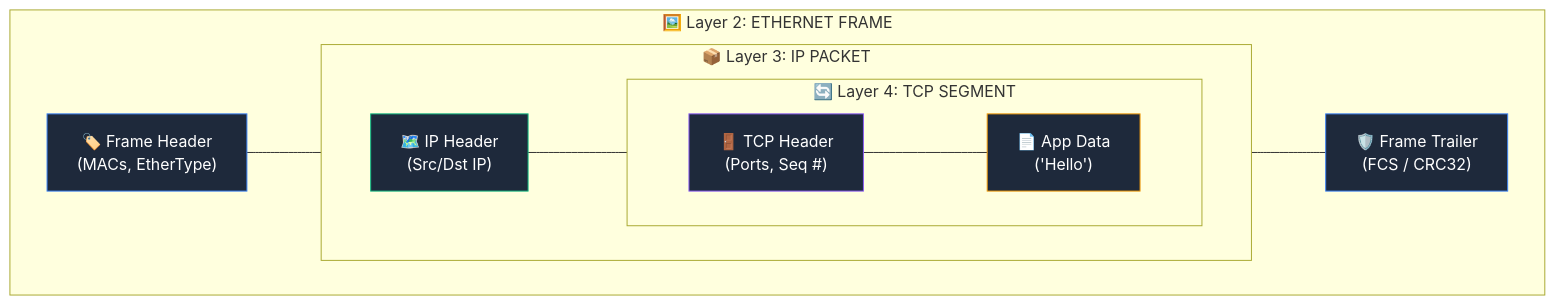
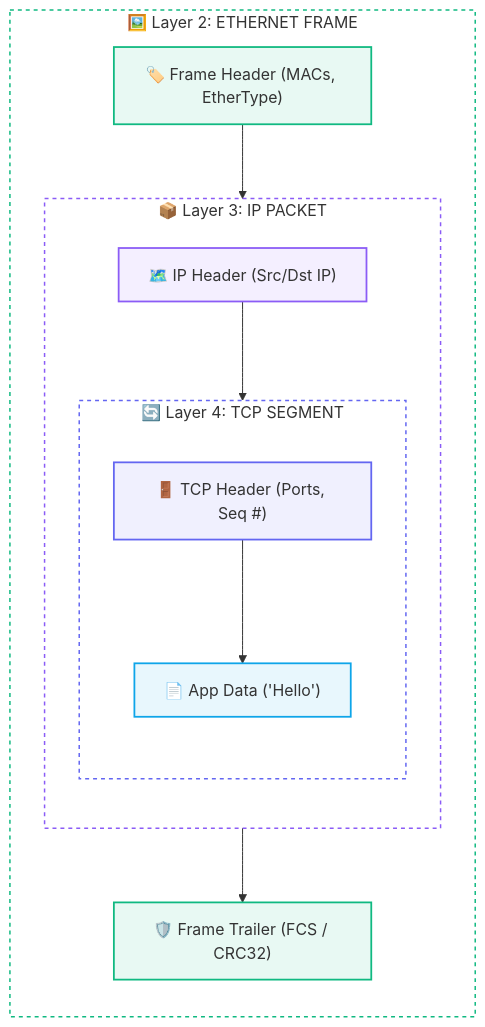
The second of 4 diagrams in Computer Networking/Data Units - Segment, Packet, Frame, Bits.md (abhinavbharti2345/CS_Notes), drawn with Mermaid before and after one commit. The commit also changed other lines of this file and 47 other files, not shown here.

Commit message:
docs: add computer science study notes and generate graphify visualization output

````diff
--- a/Computer Networking/Data Units - Segment, Packet, Frame, Bits.md
+++ b/Computer Networking/Data Units - Segment, Packet, Frame, Bits.md
@@ -53,29 +62,34 @@
 ```mermaid
 flowchart TD
     subgraph Frame ["🖼️ Layer 2: ETHERNET FRAME"]
-        direction LR
-        FH["🏷️ Frame Header<br/>(MACs, EtherType)"]
+        direction TD
+        FH["🏷️ Frame Header (MACs, EtherType)"]
         subgraph Packet ["📦 Layer 3: IP PACKET"]
-            direction LR
-            IH["🗺️ IP Header<br/>(Src/Dst IP)"]
+            direction TD
+            IH["🗺️ IP Header (Src/Dst IP)"]
             subgraph Segment ["🔄 Layer 4: TCP SEGMENT"]
-                direction LR
-                TH["🚪 TCP Header<br/>(Ports, Seq #)"]
-                Data["📄 App Data<br/>('Hello')"]
-                TH --- Data
+                direction TD
+                TH["🚪 TCP Header (Ports, Seq #)"]
+                Data["📄 App Data ('Hello')"]
+                TH --> Data
             end
-            IH --- Segment
+            IH --> Segment
         end
-        FT["🛡️ Frame Trailer<br/>(FCS / CRC32)"]
-        FH --- Packet --- FT
+        FT["🛡️ Frame Trailer (FCS / CRC32)"]
+        FH --> Packet --> FT
     end
 
-    classDef f fill:#1e293b,stroke:#3b82f6,stroke-width:1px,color:#fff;
-    classDef p fill:#1e293b,stroke:#10b981,stroke-width:1px,color:#fff;
-    classDef s fill:#1e293b,stroke:#8b5cf6,stroke-width:1px,color:#fff;
-    classDef d fill:#1e293b,stroke:#f59e0b,stroke-width:1px,color:#fff;
+    style Frame fill:none,stroke:#10b981,stroke-width:1.5px,stroke-dasharray:4 4
+    style Packet fill:none,stroke:#8b5cf6,stroke-width:1.5px,stroke-dasharray:4 4
+    style Segment fill:none,stroke:#6366f1,stroke-width:1.5px,stroke-dasharray:4 4
+
+    classDef f fill:#10b98118,stroke:#10b981,stroke-width:1.8px;
+    classDef p fill:#8b5cf618,stroke:#8b5cf6,stroke-width:1.8px;
+    classDef s fill:#6366f118,stroke:#6366f1,stroke-width:1.8px;
+    classDef d fill:#0ea5e918,stroke:#0ea5e9,stroke-width:1.8px;
+
     class FH,FT f;
     class IH p;
     class TH s;
     class Data d;
 ```
````
